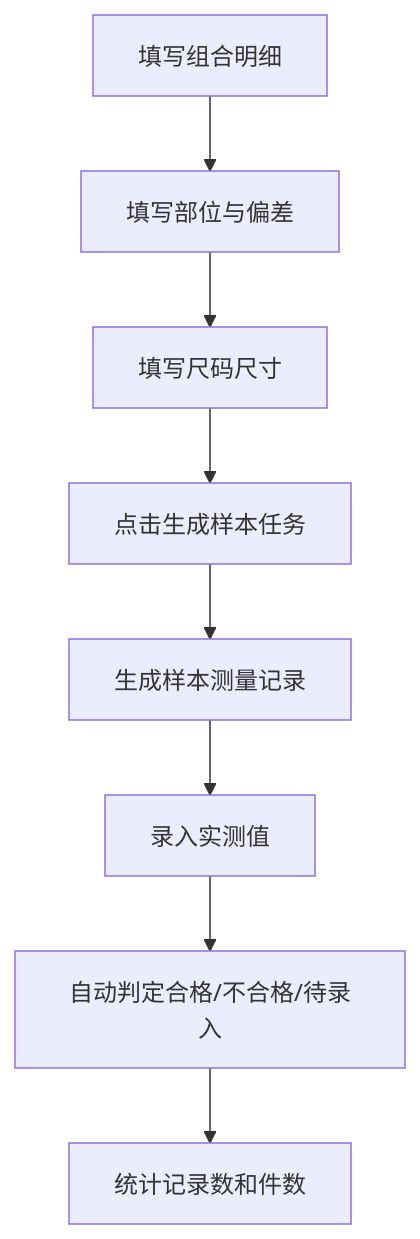
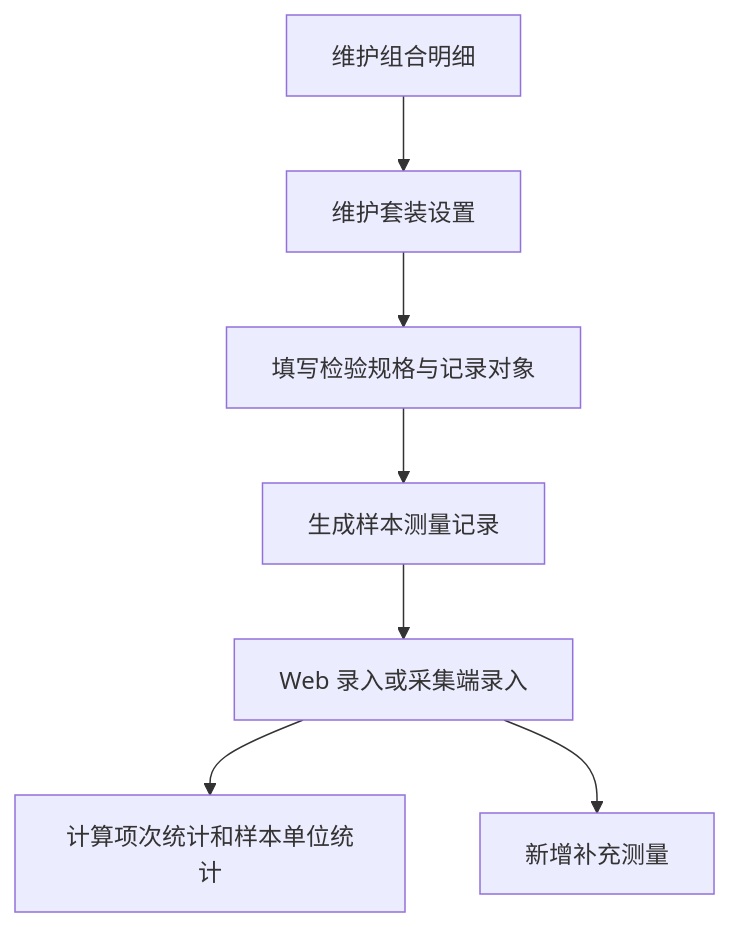
Before and after one commit to funlululu/linkincrease-pages: the diagram in content/docs/10-功能模块详情/验货组件流程.md, drawn with Mermaid. The commit also changed other lines of this file and 51 other files, not shown here.

````diff
--- a/content/docs/10-功能模块详情/验货组件流程.md
+++ b/content/docs/10-功能模块详情/验货组件流程.md
@@ -36,10 +66,9 @@
 ```mermaid
 flowchart TD
-    A["填写组合明细"] --> B["填写部位与偏差"]
-    B --> C["填写尺码尺寸"]
-    C --> D["点击生成样本任务"]
-    D --> E["生成样本测量记录"]
-    E --> F["录入实测值"]
-    F --> G["自动判定合格/不合格/待录入"]
-    G --> H["统计记录数和件数"]
+    A["维护组合明细"] --> B["维护套装设置"]
+    B --> C["填写检验规格与记录对象"]
+    C --> D["生成样本测量记录"]
+    D --> E["Web 录入或采集端录入"]
+    E --> F["计算项次统计和样本单位统计"]
+    E --> G["新增补充测量"]
 ```
````
